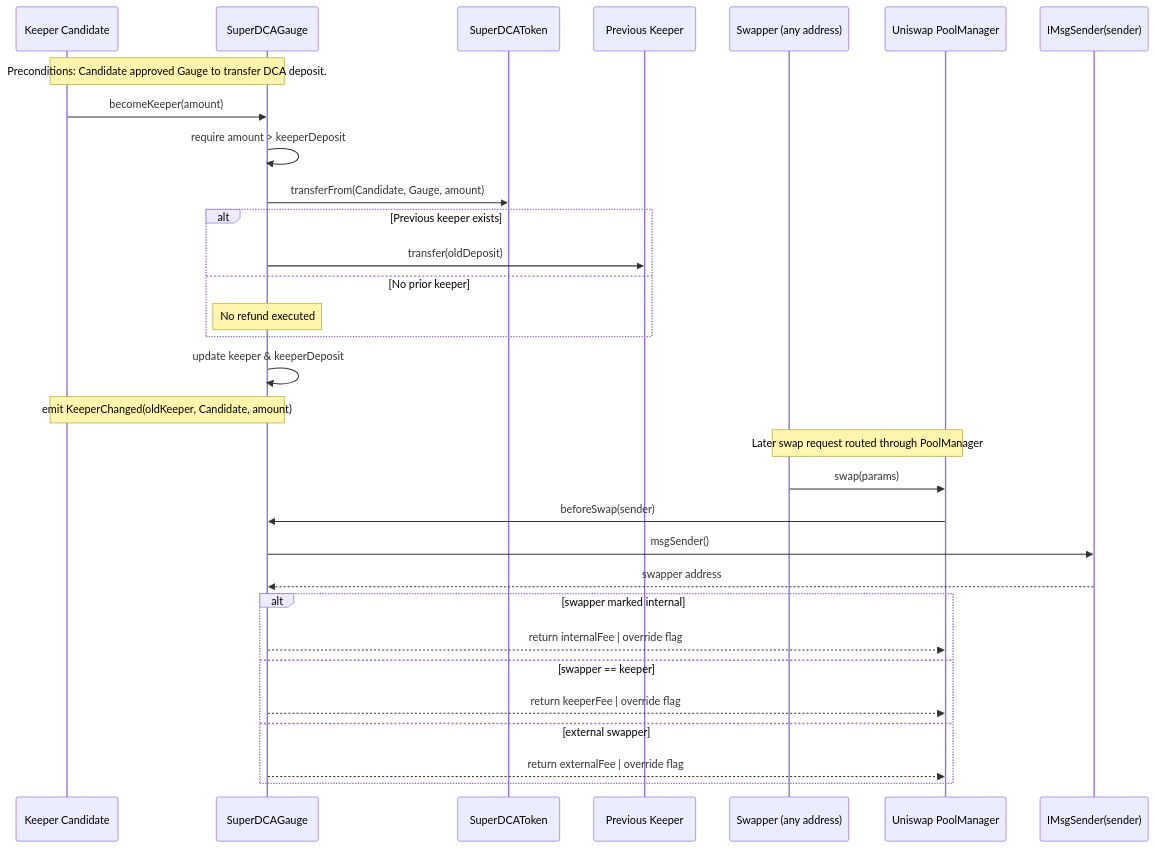
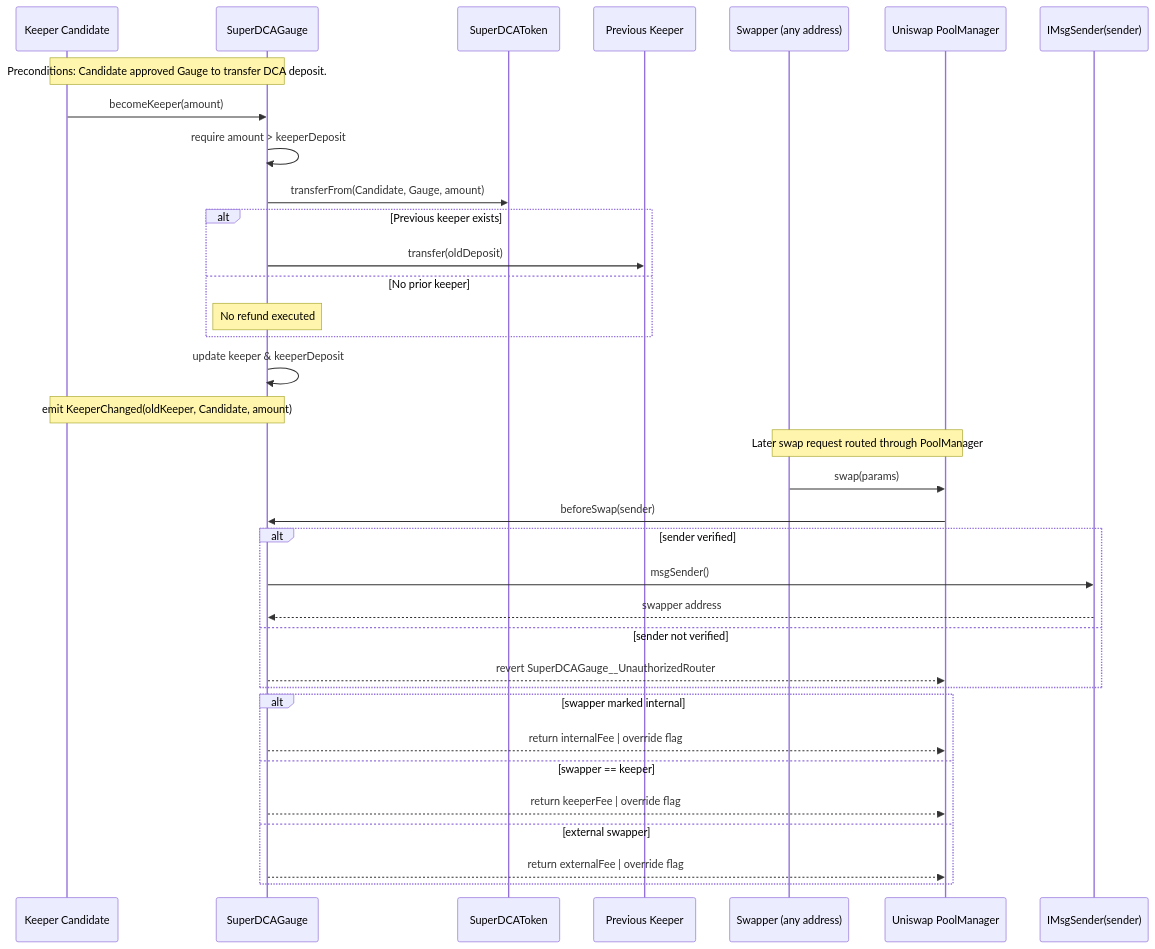
One commit to Super-DCA-Tech/super-dca-gauge changed the diagram in docs/security/diagrams/keeper-dynamic-fee.md. Above: the diagram before and after it, drawn with Mermaid. The commit also changed 3 other files, not shown here.

````diff
--- a/docs/security/diagrams/keeper-dynamic-fee.md
+++ b/docs/security/diagrams/keeper-dynamic-fee.md
@@ -1,35 +1,39 @@
 ```mermaid
 sequenceDiagram
     participant Candidate as Keeper Candidate
     participant Gauge as SuperDCAGauge
     participant Token as SuperDCAToken
     participant Prev as Previous Keeper
     participant Swapper as Swapper (any address)
     participant Pool as Uniswap PoolManager
     participant Proxy as IMsgSender(sender)
 
     Note over Candidate,Gauge: Preconditions: Candidate approved Gauge to transfer DCA deposit.
     Candidate->>Gauge: becomeKeeper(amount)
     Gauge->>Gauge: require amount > keeperDeposit
     Gauge->>Token: transferFrom(Candidate, Gauge, amount)
     alt Previous keeper exists
         Gauge->>Prev: transfer(oldDeposit)
     else No prior keeper
         Note over Gauge: No refund executed
     end
     Gauge->>Gauge: update keeper & keeperDeposit
     Note over Gauge,Candidate: emit KeeperChanged(oldKeeper, Candidate, amount)
 
     Note over Swapper,Pool: Later swap request routed through PoolManager
     Swapper->>Pool: swap(params)
     Pool->>Gauge: beforeSwap(sender)
-    Gauge->>Proxy: msgSender()
-    Proxy-->>Gauge: swapper address
+    alt sender verified
+        Gauge->>Proxy: msgSender()
+        Proxy-->>Gauge: swapper address
+    else sender not verified
+        Gauge-->>Pool: revert SuperDCAGauge__UnauthorizedRouter
+    end
     alt swapper marked internal
         Gauge-->>Pool: return internalFee | override flag
     else swapper == keeper
         Gauge-->>Pool: return keeperFee | override flag
     else external swapper
         Gauge-->>Pool: return externalFee | override flag
     end
 ```
````
